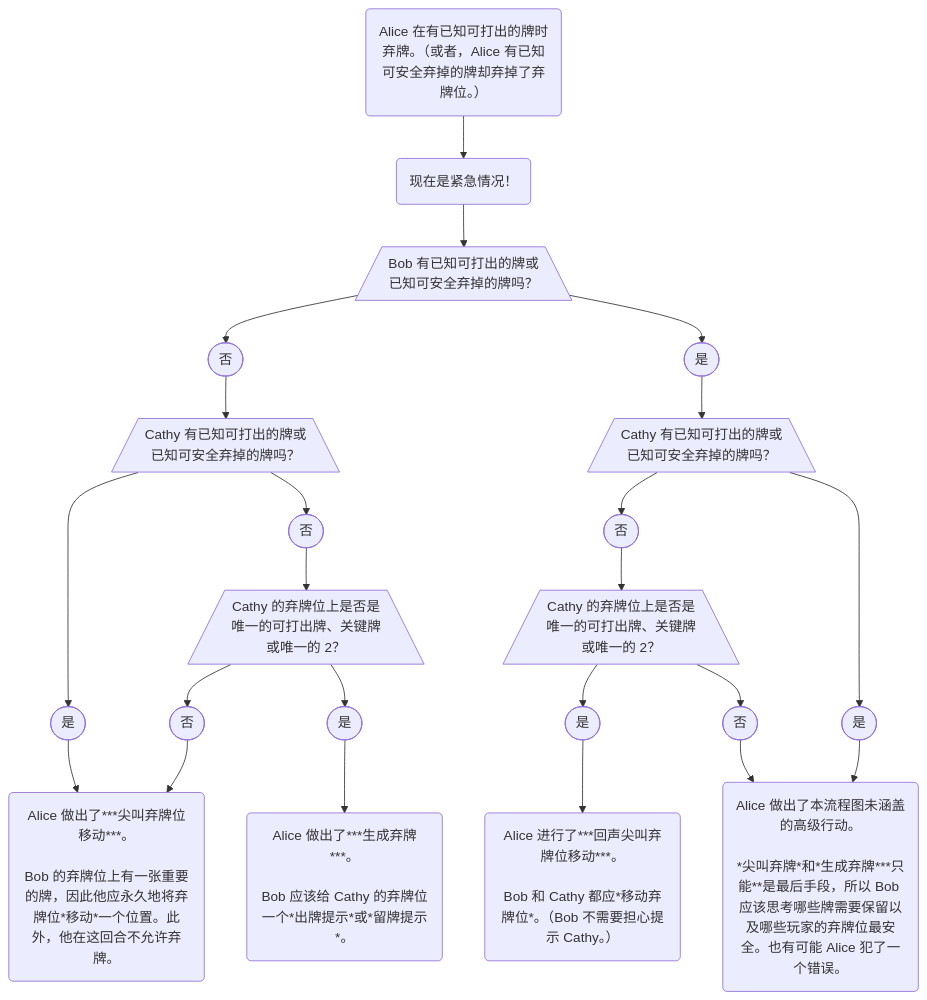
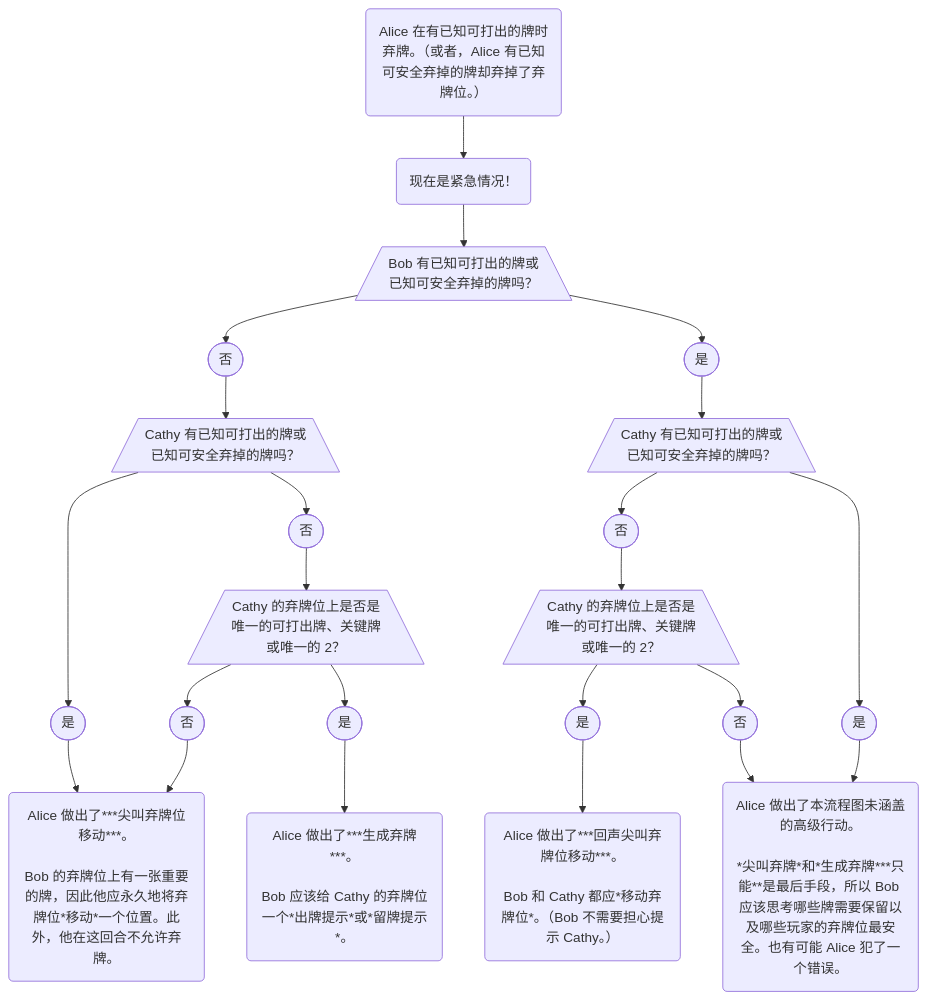
One commit to TRCYX/H-Group changed the diagram in i18n/zh/docusaurus-plugin-content-docs/current/level-7.mdx. Above: the diagram before and after it, drawn with Mermaid. The commit also changed other lines of this file and 22 other files, not shown here.

````diff
--- a/i18n/zh/docusaurus-plugin-content-docs/current/level-7.mdx
+++ b/i18n/zh/docusaurus-plugin-content-docs/current/level-7.mdx
@@ -56,53 +56,53 @@
 ```mermaid
 flowchart TD;
 
 S1("Alice 在有已知可打出的牌时弃牌。（或者，Alice 有已知可安全弃掉的牌却弃掉了弃牌位。）")
 S2("现在是紧急情况！")
 D1[/Bob 有已知可打出的牌或<br/>已知可安全弃掉的牌吗？\]
 D1Y([是])
 D1N([否])
 D2[/Cathy 有已知可打出的牌或<br/>已知可安全弃掉的牌吗？\]
 D2Y([是])
 D2N([否])
 D3[/Cathy 的弃牌位上是否是<br/>唯一的可打出牌、关键牌<br/>或唯一的 2？\]
 D3Y([是])
 D3N([否])
 D3YL(Alice 做出了***生成弃牌***。<br/ ><br/ >Bob 应该给 Cathy 的弃牌位一个*出牌提示*或*留牌提示*。)
 D3NL(Alice 做出了***尖叫弃牌位移动***。<br/ ><br/ >Bob 的弃牌位上有一张重要的牌，因此他应永久地将弃牌位*移动*一个位置。此外，他在这回合不允许弃牌。)
 D4[/Cathy 有已知可打出的牌或<br/>已知可安全弃掉的牌吗？\]
 D4Y([是])
 D4N([否])
 D4YL(Alice 做出了本流程图未涵盖的高级行动。<br/ ><br/ >*尖叫弃牌*和*生成弃牌***只能**是最后手段，所以 Bob 应该思考哪些牌需要保留以及哪些玩家的弃牌位最安全。也有可能 Alice 犯了一个错误。)
 D5[/Cathy 的弃牌位上是否是<br/>唯一的可打出牌、关键牌<br/>或唯一的 2？\]
 D5Y([是])
 D5N([否])
-D5YL("Alice 进行了***回声尖叫弃牌位移动***。<br/ ><br/ >Bob 和 Cathy 都应*移动弃牌位*。（Bob 不需要担心提示 Cathy。）")
+D5YL("Alice 做出了***回声尖叫弃牌位移动***。<br/ ><br/ >Bob 和 Cathy 都应*移动弃牌位*。（Bob 不需要担心提示 Cathy。）")
 
 class D1Y,D2Y,D3Y,D4Y,D5Y node-yes
 class S2,D1N,D2N,D3N,D4N,D5N node-no
 class D1,D2,D3,D4,D5 node-dec
 class S1,D3NL,D3YL,D5YL,D4YL node-act
 
 S1 --> S2;
 S2 --> D1;
 D1 --> D1N;
 D1 --> D1Y;
 D1N --> D2;
 D2 --> D2Y;
 D2Y --> D3NL;
 D2 --> D2N;
 D2N --> D3;
 D3 --> D3Y;
 D3 --> D3N;
 D3Y --> D3YL;
 D3N --> D3NL;
 D1Y --> D4;
 D4 --> D4N;
 D4 --> D4Y;
 D4N --> D5;
 D5 --> D5Y;
 D5 --> D5N;
 D5Y --> D5YL;
 D5N --> D4YL;
 D4Y --> D4YL;
 ```
````
